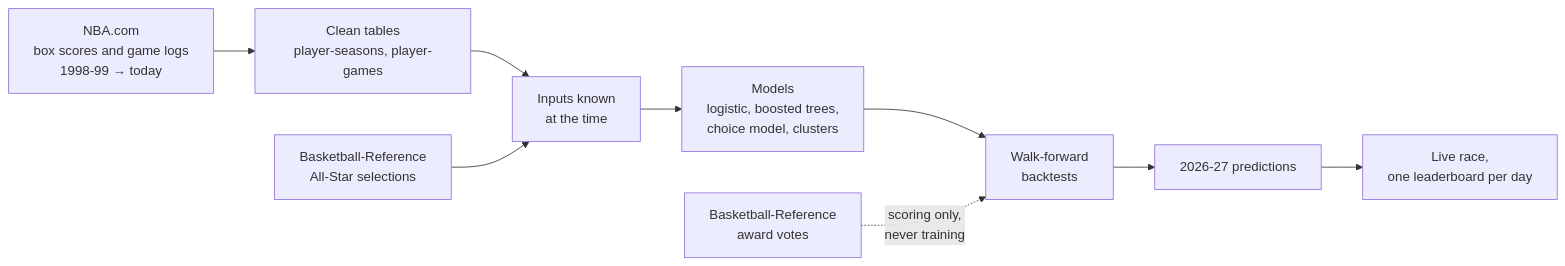
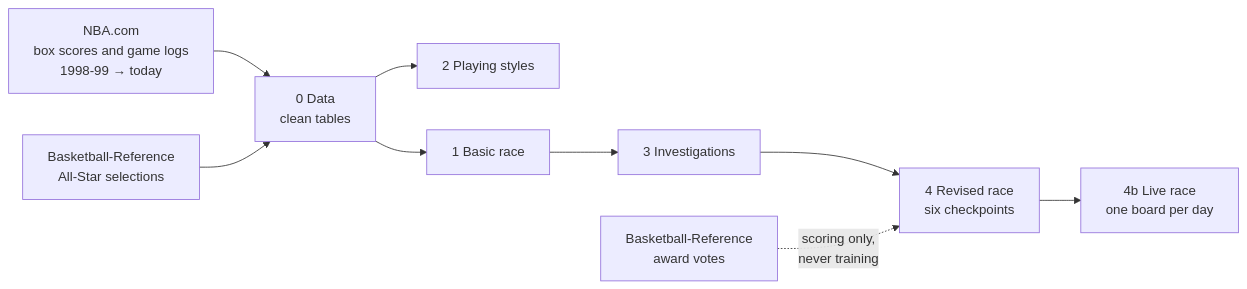
Before and after one commit to dan-j-e/unicorn-hunting: the diagram in README.md, drawn with Mermaid. The commit also changed other lines of this file and 1 other file, not shown here.

Commit message:
README rewritten around the four segments: one section each, breakout work archived, about 290 lines instead of 690

````diff
--- a/README.md
+++ b/README.md
@@ -51,11 +30,11 @@
 ```mermaid
 flowchart LR
-    A["NBA.com<br/>box scores and game logs<br/>1998-99 → today"] --> B["Clean tables<br/>player-seasons, player-games"]
-    B --> C["Inputs known<br/>at the time"]
-    S["Basketball-Reference<br/>All-Star selections"] --> C
-    C --> D["Models<br/>logistic, boosted trees,<br/>choice model, clusters"]
-    D --> E["Walk-forward<br/>backtests"]
-    V["Basketball-Reference<br/>award votes"] -. "scoring only,<br/>never training" .-> E
-    E --> F["2026-27 predictions"]
-    F --> G["Live race,<br/>one leaderboard per day"]
+    A["NBA.com<br/>box scores and game logs<br/>1998-99 → today"] --> B["0 Data<br/>clean tables"]
+    S["Basketball-Reference<br/>All-Star selections"] --> B
+    B --> C["2 Playing styles"]
+    B --> D["1 Basic race"]
+    D --> E["3 Investigations"]
+    E --> F["4 Revised race<br/>six checkpoints"]
+    V["Basketball-Reference<br/>award votes"] -. "scoring only,<br/>never training" .-> F
+    F --> G["4b Live race<br/>one board per day"]
 ```
````
